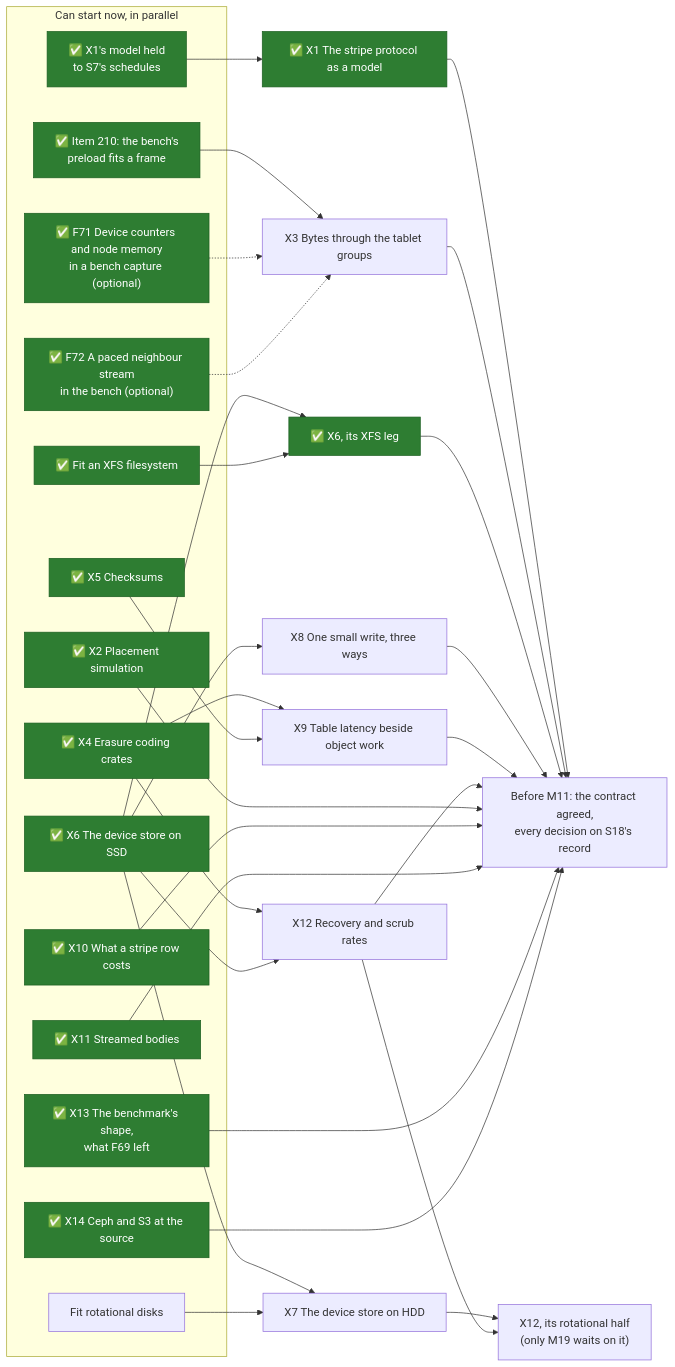
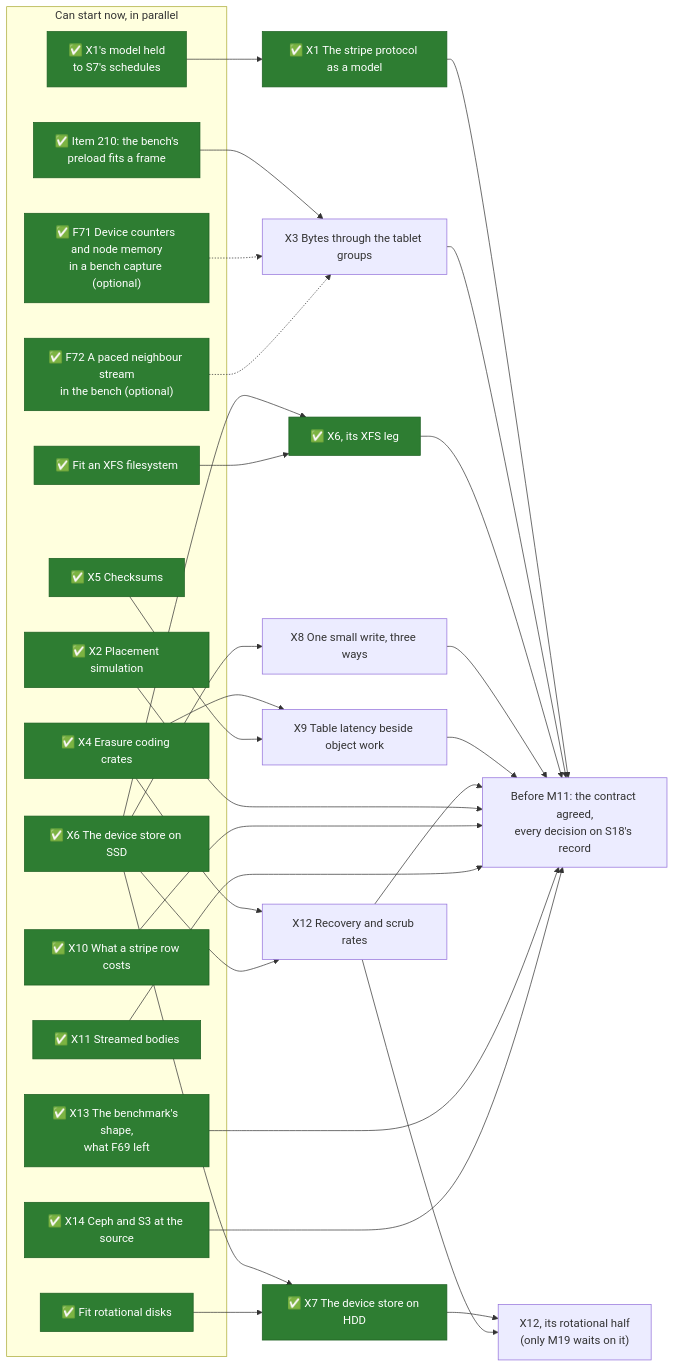
Before and after one commit to mjcarson/shoal: the first of 2 diagrams in docs/src/object-storage/whats-left-todo.md, drawn with Mermaid. The commit also changed other lines of this file and 213 other files, not shown here.

````diff
--- a/docs/src/object-storage/whats-left-todo.md
+++ b/docs/src/object-storage/whats-left-todo.md
@@ -29,56 +30,56 @@
 ```mermaid
 flowchart LR
     classDef done fill:#2e7d32,stroke:#1b5e20,color:#ffffff
     classDef optional stroke-dasharray: 5 5
     subgraph now["Can start now, in parallel"]
         R1["✅ X1's model held<br>to S7's schedules"]:::done
         R2["✅ Item 210: the bench's<br>preload fits a frame"]:::done
         XFS["✅ Fit an XFS filesystem"]:::done
-        Disks["Fit rotational disks"]
+        Disks["✅ Fit rotational disks"]:::done
         X2["✅ X2 Placement simulation"]:::done
         X4["✅ X4 Erasure coding crates"]:::done
         X5["✅ X5 Checksums"]:::done
         X6["✅ X6 The device store on SSD"]:::done
         X10["✅ X10 What a stripe row costs"]:::done
         X11["✅ X11 Streamed bodies"]:::done
         X13["✅ X13 The benchmark's shape,<br>what F69 left"]:::done
         X14["✅ X14 Ceph and S3 at the source"]:::done
         Counters["✅ F71 Device counters and node memory<br>in a bench capture (optional)"]:::done
         Neighbour["✅ F72 A paced neighbour stream<br>in the bench (optional)"]:::done
     end
     X1["✅ X1 The stripe protocol as a model"]:::done
     X3["X3 Bytes through the tablet groups"]
     X6x["✅ X6, its XFS leg"]:::done
-    X7["X7 The device store on HDD"]
+    X7["✅ X7 The device store on HDD"]:::done
     X8["X8 One small write, three ways"]
     X9["X9 Table latency beside object work"]
     X12["X12 Recovery and scrub rates"]
     X12r["X12, its rotational half<br>(only M19 waits on it)"]
     Gate["Before M11: the contract agreed,<br>every decision on S18's record"]
     R1 --> X1
     R2 --> X3
     X6 --> X6x
     XFS --> X6x
     X6 --> X7
     Disks --> X7
     X6 --> X8
     X4 --> X9
     X5 --> X9
     X4 --> X12
     X6 --> X12
     X7 --> X12r
     X12 --> X12r
     Counters -.-> X3
     Neighbour -.-> X3
     X1 --> Gate
     X3 --> Gate
     X6x --> Gate
     X8 --> Gate
     X9 --> Gate
     X12 --> Gate
     X2 ---> Gate
     X10 ---> Gate
     X11 ---> Gate
     X13 ---> Gate
     X14 ---> Gate
 ```
````
